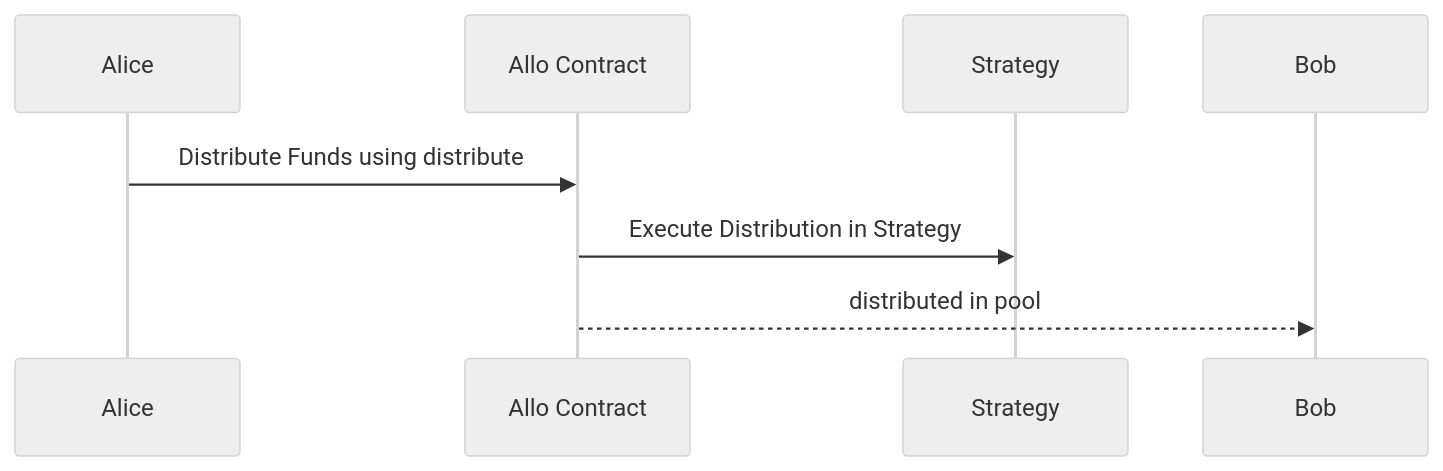
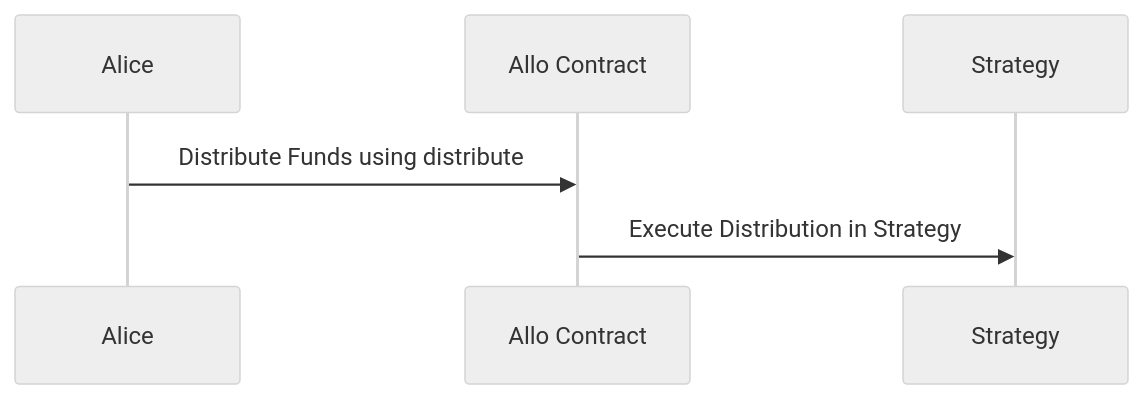
One commit to allo-protocol/allo-v2 changed the eighth of 8 diagrams in contracts/readme/Allo.md. Above: the diagram before and after it, drawn with Mermaid (neutral theme). The commit also changed other lines of this file, not shown here.

````diff
--- a/contracts/readme/Allo.md
+++ b/contracts/readme/Allo.md
@@ -263,10 +263,9 @@
 ```mermaid
 sequenceDiagram
     participant Alice as Alice
     participant Allo as Allo Contract
     participant Strategy as Strategy
 
     Alice->>Allo: Distribute Funds using distribute
     Allo->>Strategy: Execute Distribution in Strategy
-    Allo-->>Bob: distributed in pool
 ```
````
